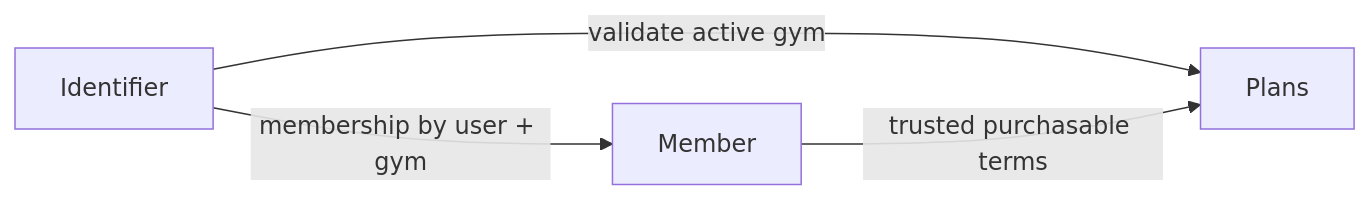
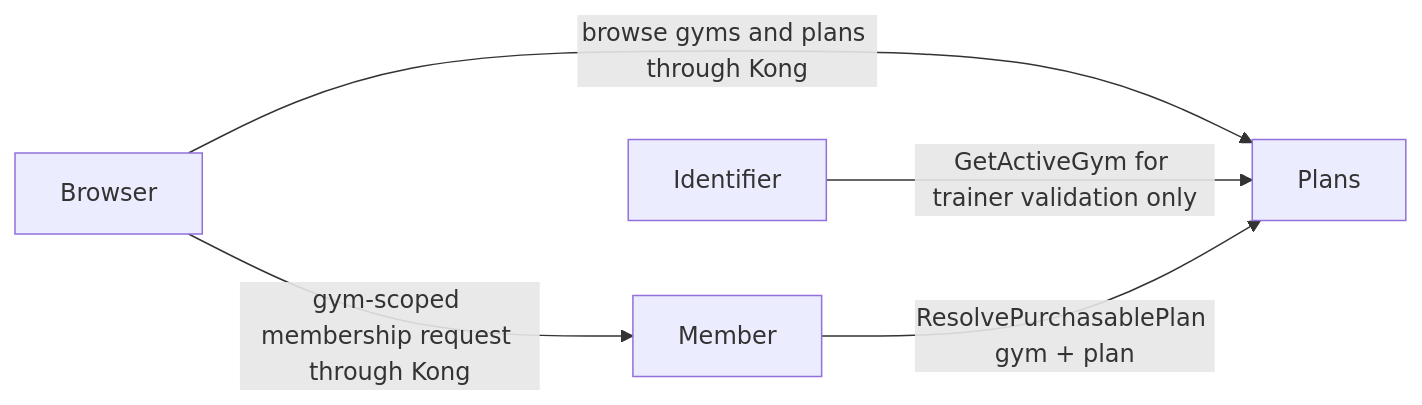
The second of 2 diagrams in PLAN.md (pploc/gym-architect), drawn with Mermaid before and after one commit. The commit also changed other lines of this file and 23 other files, not shown here.

````diff
--- a/PLAN.md
+++ b/PLAN.md
@@ -42,6 +44,7 @@
 ```mermaid
 flowchart LR
-    ID[Identifier] -->|validate active gym| PL[Plans]
-    ID -->|membership by user + gym| MB[Member]
-    MB -->|trusted purchasable terms| PL
+    C[Browser] -->|browse gyms and plans through Kong| PL[Plans]
+    C -->|gym-scoped membership request through Kong| MB[Member]
+    ID[Identifier] -->|GetActiveGym for trainer validation only| PL
+    MB -->|ResolvePurchasablePlan gym + plan| PL
 ```
````
